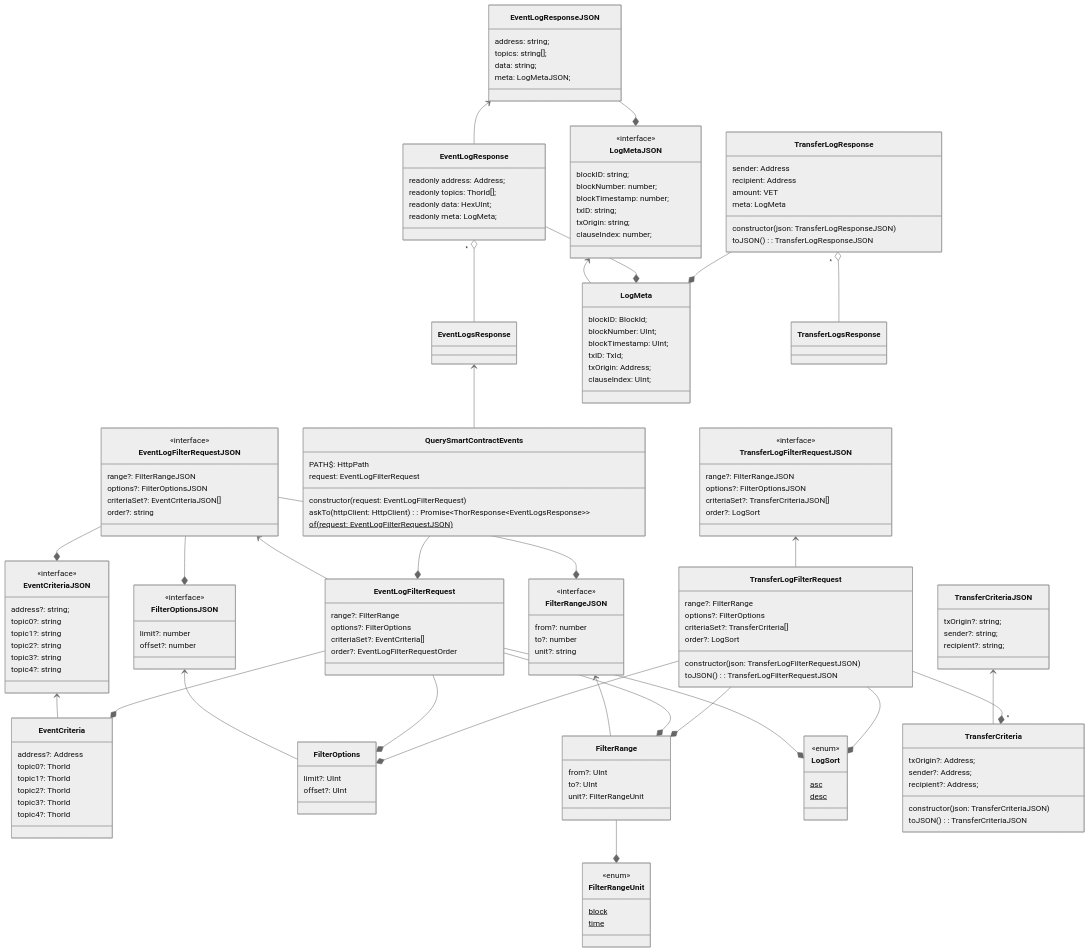
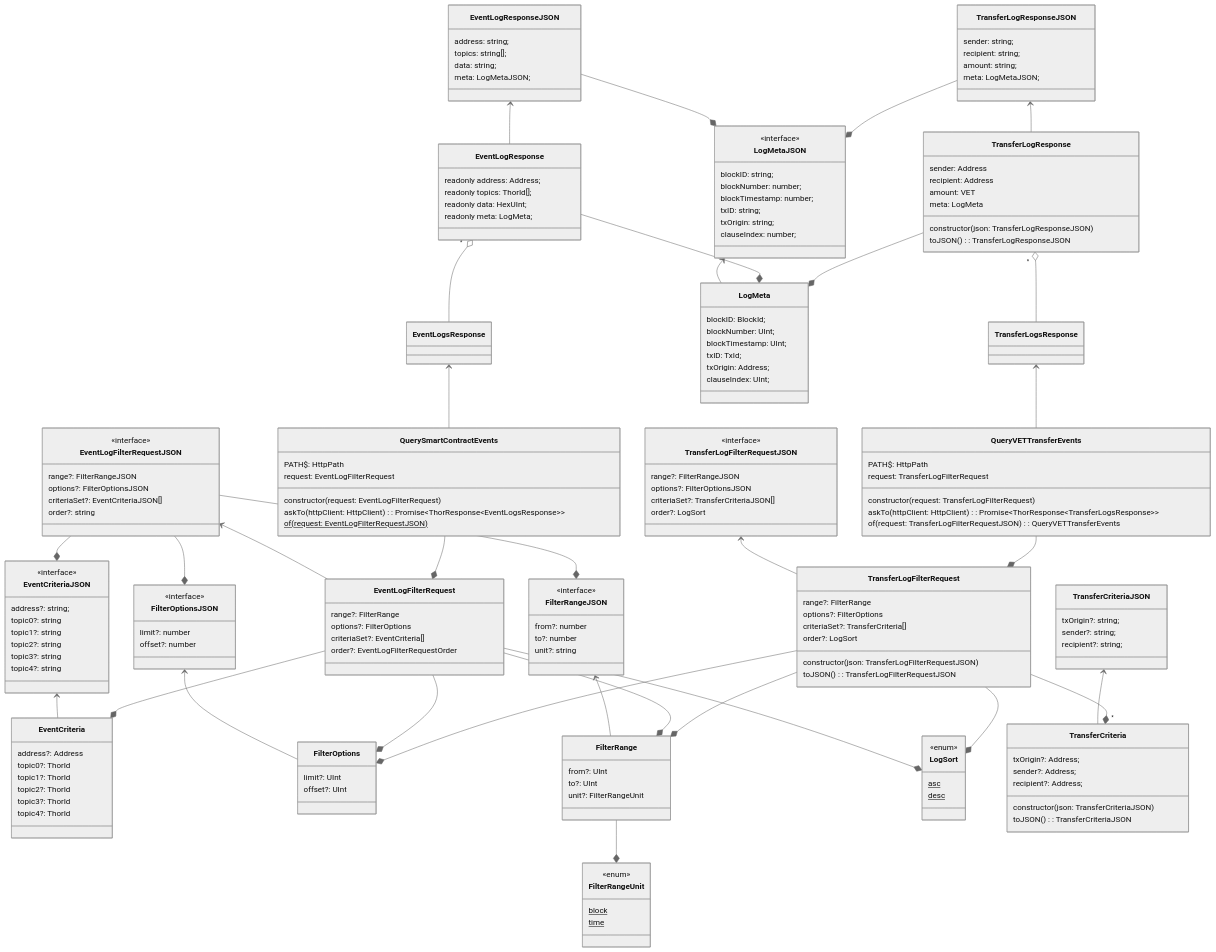
Before and after one commit to vechain/vechain-sdk-js: the diagram in docs/diagrams/v2/net/thor/logs/logs.md, drawn with Mermaid (neutral theme).

Commit message:
feat: 1484 log in dev...

````diff
--- a/docs/diagrams/v2/net/thor/logs/logs.md
+++ b/docs/diagrams/v2/net/thor/logs/logs.md
@@ -98,6 +98,13 @@
         askTo(httpClient: HttpClient): Promise~ThorResponse~EventLogsResponse~~
         of(request: EventLogFilterRequestJSON)$
     }
+    class QueryVETTransferEvents {
+        PATH$: HttpPath
+        request: TransferLogFilterRequest
+        constructor(request: TransferLogFilterRequest)
+        askTo(httpClient: HttpClient): Promise~ThorResponse~TransferLogsResponse~~
+        of(request: TransferLogFilterRequestJSON): QueryVETTransferEvents
+    }
     class TransferCriteria {
         txOrigin?: Address;
         sender?: Address;
@@ -133,6 +140,12 @@
         constructor(json: TransferLogResponseJSON)
         toJSON(): TransferLogResponseJSON
     }
+    class TransferLogResponseJSON {
+        sender: string;
+        recipient: string;
+        amount: string;
+        meta: LogMetaJSON;
+    }
     class TransferLogsResponse {
     }
     EventCriteriaJSON <-- EventCriteria
@@ -144,6 +157,8 @@
     LogMetaJSON <-- LogMeta
     TransferCriteriaJSON <-- TransferCriteria
     TransferLogFilterRequestJSON <-- TransferLogFilterRequest
+    TransferLogResponseJSON <-- TransferLogResponse
+    TransferLogsResponse <-- QueryVETTransferEvents
     EventLogResponse "*" o-- EventLogsResponse
     TransferLogResponse "*" o-- TransferLogsResponse
     EventLogFilterRequest --* FilterRange
@@ -157,9 +172,11 @@
     EventLogResponseJSON --* LogMetaJSON
     FilterRange --* FilterRangeUnit
     QuerySmartContractEvents --* EventLogFilterRequest
+    QueryVETTransferEvents  --* TransferLogFilterRequest
     TransferLogFilterRequest --* FilterRange
     TransferLogFilterRequest --* FilterOptions
     TransferLogFilterRequest --* "*" TransferCriteria
     TransferLogFilterRequest --* LogSort
     TransferLogResponse --* LogMeta
+    TransferLogResponseJSON --* LogMetaJSON
 ```
````
